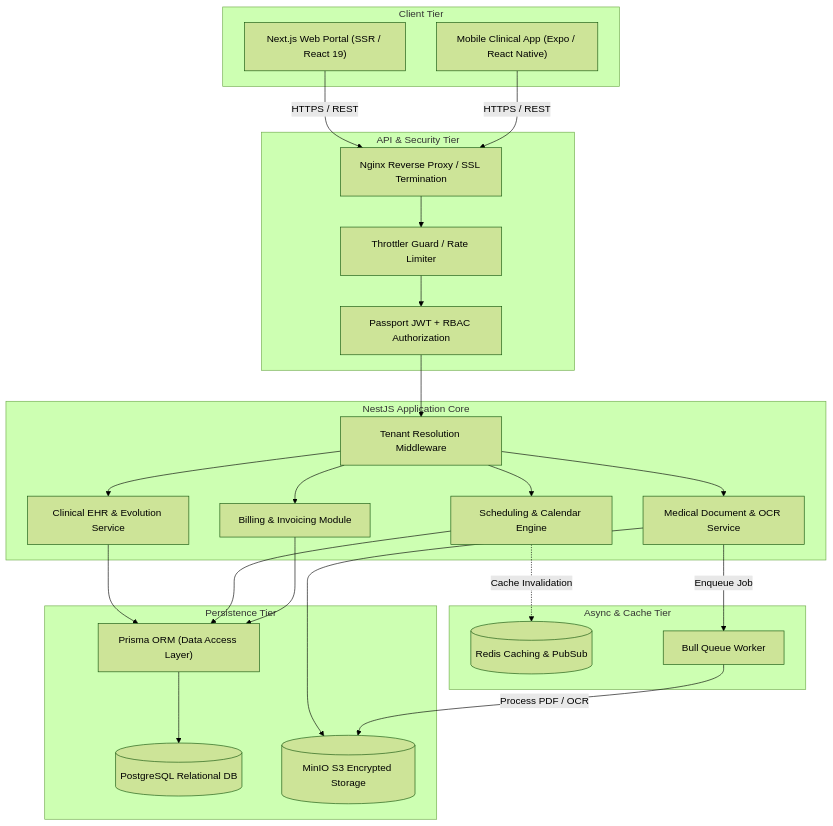
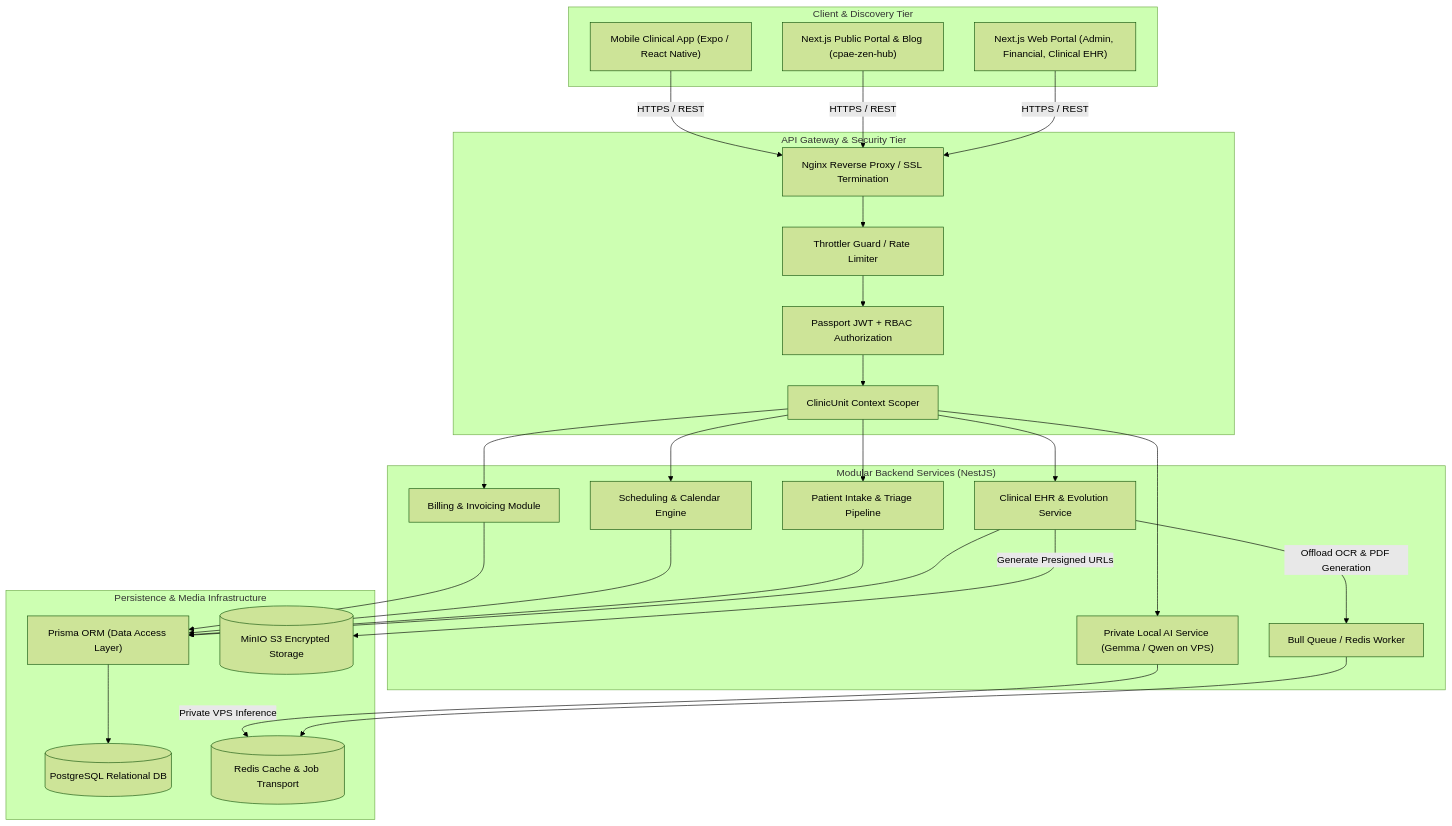
The diagram in README.md (leonardosantana214/case-study-cpae-saas), drawn with Mermaid (forest theme) before and after one commit. The commit also changed other lines of this file, not shown here.

Commit message:
docs: expand CPAE healthcare ecosystem architecture, triage workflows, and LGPD controls

````diff
--- a/README.md
+++ b/README.md
@@ -51,53 +54,56 @@
 ```mermaid
 flowchart TD
-    subgraph Clients["Client Tier"]
-        Web["Next.js Web Portal (SSR / React 19)"]
+    subgraph Clients["Client & Discovery Tier"]
+        WebAdmin["Next.js Web Portal (Admin, Financial, Clinical EHR)"]
+        WebPublic["Next.js Public Portal & Blog (cpae-zen-hub)"]
         Mobile["Mobile Clinical App (Expo / React Native)"]
     end
 
-    subgraph GatewayTier["API & Security Tier"]
+    subgraph GatewayTier["API Gateway & Security Tier"]
         ReverseProxy["Nginx Reverse Proxy / SSL Termination"]
         RateLimit["Throttler Guard / Rate Limiter"]
         AuthModule["Passport JWT + RBAC Authorization"]
+        UnitGuard["ClinicUnit Context Scoper"]
     end
 
-    subgraph ServiceTier["NestJS Application Core"]
-        TenantGuard["Tenant Resolution Middleware"]
+    subgraph ServiceTier["Modular Backend Services (NestJS)"]
         ClinicalService["Clinical EHR & Evolution Service"]
+        PatientService["Patient Intake & Triage Pipeline"]
         ScheduleService["Scheduling & Calendar Engine"]
         BillingService["Billing & Invoicing Module"]
-        DocService["Medical Document & OCR Service"]
+        QueueService["Bull Queue / Redis Worker"]
+        AIService["Private Local AI Service (Gemma / Qwen on VPS)"]
     end
 
-    subgraph AsyncTier["Async & Cache Tier"]
-        Redis[(Redis Caching & PubSub)]
-        BullQueue["Bull Queue Worker"]
-    end
-
-    subgraph StorageTier["Persistence Tier"]
+    subgraph StorageTier["Persistence & Media Infrastructure"]
         PrismaORM["Prisma ORM (Data Access Layer)"]
         Postgres[(PostgreSQL Relational DB)]
+        Redis[(Redis Cache & Job Transport)]
         MinIO[(MinIO S3 Encrypted Storage)]
     end
 
-    Web -->|HTTPS / REST| ReverseProxy
+    WebAdmin -->|HTTPS / REST| ReverseProxy
+    WebPublic -->|HTTPS / REST| ReverseProxy
     Mobile -->|HTTPS / REST| ReverseProxy
+
     ReverseProxy --> RateLimit
     RateLimit --> AuthModule
-    AuthModule --> TenantGuard
+    AuthModule --> UnitGuard
 
-    TenantGuard --> ClinicalService
-    TenantGuard --> ScheduleService
-    TenantGuard --> BillingService
-    TenantGuard --> DocService
+    UnitGuard --> ClinicalService
+    UnitGuard --> PatientService
+    UnitGuard --> ScheduleService
+    UnitGuard --> BillingService
+    UnitGuard --> AIService
 
     ClinicalService --> PrismaORM
+    PatientService --> PrismaORM
     ScheduleService --> PrismaORM
     BillingService --> PrismaORM
-    DocService --> MinIO
 
     PrismaORM --> Postgres
-    ScheduleService -.->|Cache Invalidation| Redis
-    DocService -->|Enqueue Job| BullQueue
-    BullQueue -->|Process PDF / OCR| MinIO
+    ClinicalService -->|Offload OCR & PDF Generation| QueueService
+    QueueService --> Redis
+    ClinicalService -->|Generate Presigned URLs| MinIO
+    AIService -->|Private VPS Inference| Redis
 ```
````
